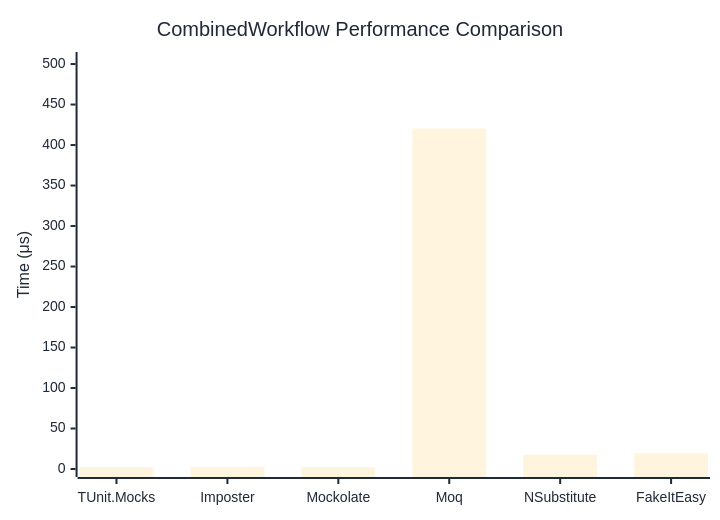
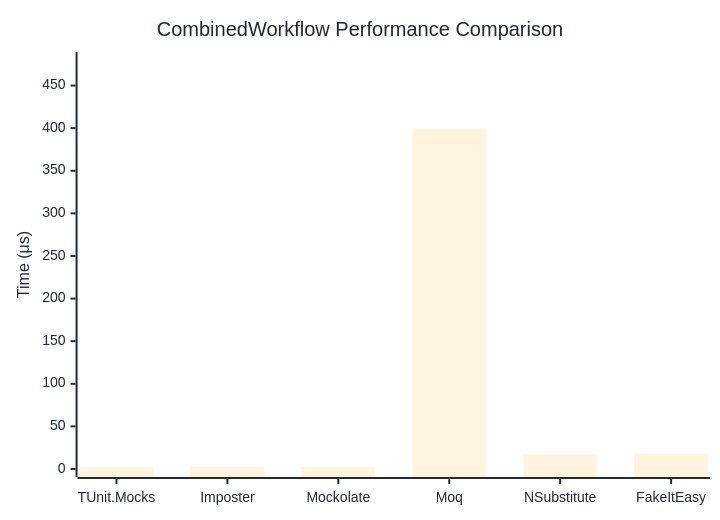
Before and after one commit to thomhurst/TUnit: the diagram in docs/docs/benchmarks/mocks/CombinedWorkflow.md, drawn with Mermaid. The commit also changed other lines of this file and 13 other files, not shown here.

````diff
--- a/docs/docs/benchmarks/mocks/CombinedWorkflow.md
+++ b/docs/docs/benchmarks/mocks/CombinedWorkflow.md
@@ -28,27 +28,27 @@
 ```mermaid
 %%{init: {
   'theme':'base',
   'themeVariables': {
     'primaryColor': '#2563eb',
     'primaryTextColor': '#1f2937',
     'primaryBorderColor': '#1e40af',
     'lineColor': '#6b7280',
     'secondaryColor': '#7c3aed',
     'tertiaryColor': '#dc2626',
     'background': '#ffffff',
     'pie1': '#2563eb',
     'pie2': '#7c3aed',
     'pie3': '#dc2626',
     'pie4': '#f59e0b',
     'pie5': '#10b981',
     'pie6': '#06b6d4',
     'pie7': '#ec4899',
     'pie8': '#6366f1'
   }
 }}%%
 xychart-beta
   title "CombinedWorkflow Performance Comparison"
   x-axis ["TUnit.Mocks", "Imposter", "Mockolate", "Moq", "NSubstitute", "FakeItEasy"]
-  y-axis "Time (μs)" 0 --> 505
-  bar [2.443, 2.738, 2.519, 420.431, 17.758, 19.194]
+  y-axis "Time (μs)" 0 --> 480
+  bar [2.193, 2.715, 2.502, 399.733, 17.239, 18.053]
 ```
````
